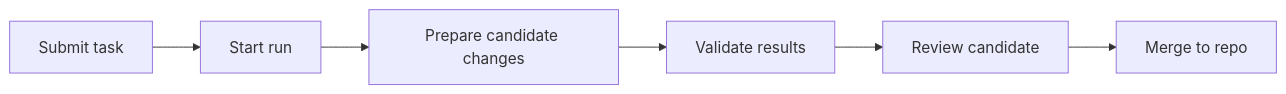
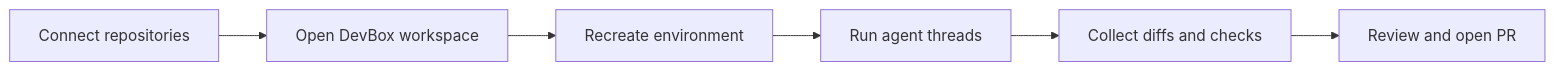
The diagram in content/docs/index.mdx (seasnoke/docs), drawn with Mermaid before and after one commit. The commit also changed other lines of this file and 11 other files, not shown here.

````diff
--- a/content/docs/index.mdx
+++ b/content/docs/index.mdx
@@ -24,8 +25,8 @@
 ```mermaid
 flowchart LR
-  A[Submit task] --> B[Start run]
-  B --> C[Prepare candidate changes]
-  C --> D[Validate results]
-  D --> E[Review candidate]
-  E --> F[Merge to repo]
+  A[Connect repositories] --> B[Open DevBox workspace]
+  B --> C[Recreate environment]
+  C --> D[Run agent threads]
+  D --> E[Collect diffs and checks]
+  E --> F[Review and open PR]
 ```
````
